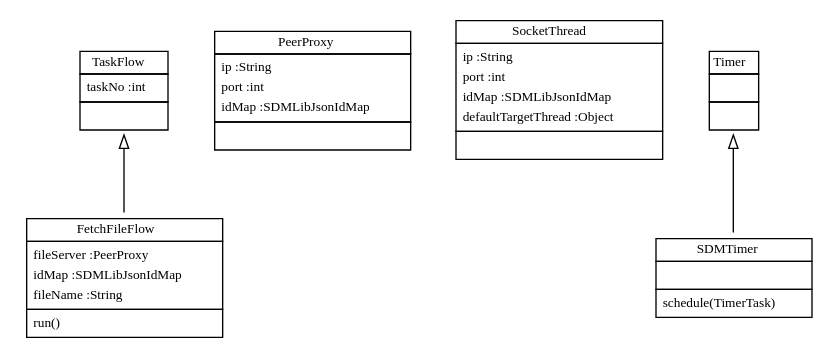
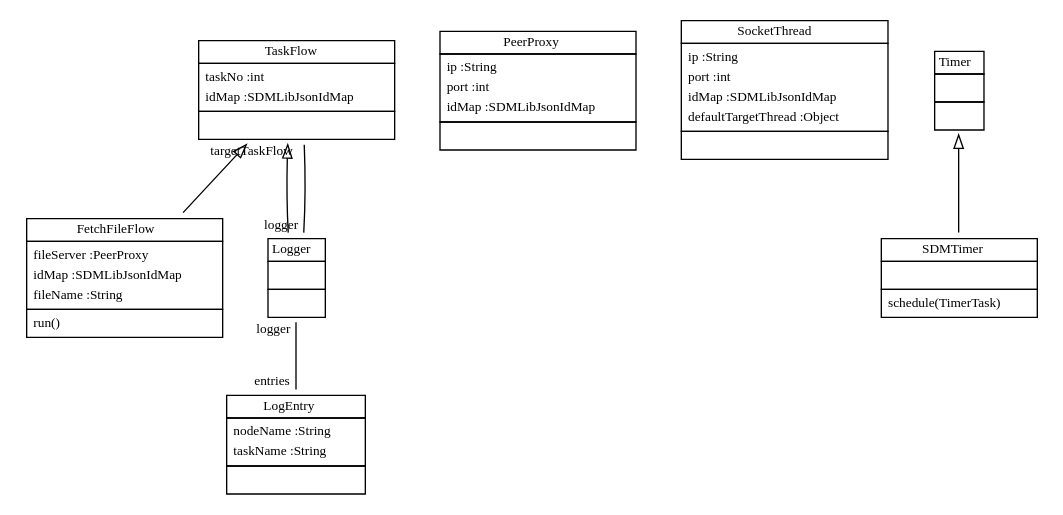
One commit to fujaba/SDMLib changed the diagram in doc/taskflowmodeldiag.dot. Above: the diagram before and after it, drawn with Graphviz. The commit also changed other lines of this file and 112 other files, not shown here.

Commit message:
added logger to taskflow, implemented in ClientLoginFlow

```diff
--- a/doc/taskflowmodeldiag.dot
+++ b/doc/taskflowmodeldiag.dot
@@ -1,18 +1,23 @@
 
  digraph ClassDiagram {
     node [shape = none, fontsize = 10]; 
     edge [fontsize = 10];
     
     
-    _TaskFlow [label=<<table border='0' cellborder='1' cellspacing='0'> <tr> <td>TaskFlow</td> </tr> <tr><td><table border='0' cellborder='0' cellspacing='0'> <tr><td align='left'>taskNo :int</td></tr>  </table></td></tr> <tr><td><table border='0' cellborder='0' cellspacing='0'> <tr><td> </td></tr> </table></td></tr> </table>>];
-    _PeerProxy [label=<<table border='0' cellborder='1' cellspacing='0'> <tr> <td>PeerProxy</td> </tr> <tr><td><table border='0' cellborder='0' cellspacing='0'> <tr><td align='left'>ip :String</td></tr> <tr><td align='left'>port :int</td></tr> <tr><td align='left'>idMap :SDMLibJsonIdMap</td></tr>  </table></td></tr> <tr><td><table border='0' cellborder='0' cellspacing='0'> <tr><td> </td></tr> </table></td></tr> </table>>];
-    _SocketThread [label=<<table border='0' cellborder='1' cellspacing='0'> <tr> <td>SocketThread</td> </tr> <tr><td><table border='0' cellborder='0' cellspacing='0'> <tr><td align='left'>ip :String</td></tr> <tr><td align='left'>port :int</td></tr> <tr><td align='left'>idMap :SDMLibJsonIdMap</td></tr> <tr><td align='left'>defaultTargetThread :Object</td></tr>  </table></td></tr> <tr><td><table border='0' cellborder='0' cellspacing='0'> <tr><td> </td></tr> </table></td></tr> </table>>];
-    _FetchFileFlow [label=<<table border='0' cellborder='1' cellspacing='0'> <tr> <td>FetchFileFlow</td> </tr> <tr><td><table border='0' cellborder='0' cellspacing='0'> <tr><td align='left'>fileServer :PeerProxy</td></tr> <tr><td align='left'>idMap :SDMLibJsonIdMap</td></tr> <tr><td align='left'>fileName :String</td></tr>  </table></td></tr> <tr><td><table border='0' cellborder='0' cellspacing='0'> <tr><td align='left'>run()</td></tr>  </table></td></tr> </table>>];
-    _Timer [label=<<table border='0' cellborder='1' cellspacing='0'> <tr> <td>Timer</td> </tr> <tr><td><table border='0' cellborder='0' cellspacing='0'> <tr><td> </td></tr> </table></td></tr> <tr><td><table border='0' cellborder='0' cellspacing='0'> <tr><td> </td></tr> </table></td></tr> </table>>];
-    _SDMTimer [label=<<table border='0' cellborder='1' cellspacing='0'> <tr> <td>SDMTimer</td> </tr> <tr><td><table border='0' cellborder='0' cellspacing='0'> <tr><td> </td></tr> </table></td></tr> <tr><td><table border='0' cellborder='0' cellspacing='0'> <tr><td align='left'>schedule(TimerTask)</td></tr>  </table></td></tr> </table>>];
+    _TaskFlow [label=<<table border='0' cellborder='1' cellspacing='0'> <tr> <td HREF="../swtsrc/org/sdmlib/model/taskflows/TaskFlow.java">TaskFlow</td> </tr> <tr><td><table border='0' cellborder='0' cellspacing='0'> <tr><td align='left'>taskNo :int</td></tr> <tr><td align='left'>idMap :SDMLibJsonIdMap</td></tr>  </table></td></tr> <tr><td><table border='0' cellborder='0' cellspacing='0'> <tr><td> </td></tr> </table></td></tr> </table>>];
+    _PeerProxy [label=<<table border='0' cellborder='1' cellspacing='0'> <tr> <td HREF="../swtsrc/org/sdmlib/model/taskflows/PeerProxy.java">PeerProxy</td> </tr> <tr><td><table border='0' cellborder='0' cellspacing='0'> <tr><td align='left'>ip :String</td></tr> <tr><td align='left'>port :int</td></tr> <tr><td align='left'>idMap :SDMLibJsonIdMap</td></tr>  </table></td></tr> <tr><td><table border='0' cellborder='0' cellspacing='0'> <tr><td> </td></tr> </table></td></tr> </table>>];
+    _SocketThread [label=<<table border='0' cellborder='1' cellspacing='0'> <tr> <td HREF="../swtsrc/org/sdmlib/model/taskflows/SocketThread.java">SocketThread</td> </tr> <tr><td><table border='0' cellborder='0' cellspacing='0'> <tr><td align='left'>ip :String</td></tr> <tr><td align='left'>port :int</td></tr> <tr><td align='left'>idMap :SDMLibJsonIdMap</td></tr> <tr><td align='left'>defaultTargetThread :Object</td></tr>  </table></td></tr> <tr><td><table border='0' cellborder='0' cellspacing='0'> <tr><td> </td></tr> </table></td></tr> </table>>];
+    _FetchFileFlow [label=<<table border='0' cellborder='1' cellspacing='0'> <tr> <td HREF="../swtsrc/org/sdmlib/model/taskflows/FetchFileFlow.java">FetchFileFlow</td> </tr> <tr><td><table border='0' cellborder='0' cellspacing='0'> <tr><td align='left'>fileServer :PeerProxy</td></tr> <tr><td align='left'>idMap :SDMLibJsonIdMap</td></tr> <tr><td align='left'>fileName :String</td></tr>  </table></td></tr> <tr><td><table border='0' cellborder='0' cellspacing='0'> <tr><td align='left'>run()</td></tr>  </table></td></tr> </table>>];
+    _Logger [label=<<table border='0' cellborder='1' cellspacing='0'> <tr> <td HREF="../swtsrc/org/sdmlib/model/taskflows/Logger.java">Logger</td> </tr> <tr><td><table border='0' cellborder='0' cellspacing='0'> <tr><td> </td></tr> </table></td></tr> <tr><td><table border='0' cellborder='0' cellspacing='0'> <tr><td> </td></tr> </table></td></tr> </table>>];
+    _LogEntry [label=<<table border='0' cellborder='1' cellspacing='0'> <tr> <td HREF="../swtsrc/org/sdmlib/model/taskflows/LogEntry.java">LogEntry</td> </tr> <tr><td><table border='0' cellborder='0' cellspacing='0'> <tr><td align='left'>nodeName :String</td></tr> <tr><td align='left'>taskName :String</td></tr>  </table></td></tr> <tr><td><table border='0' cellborder='0' cellspacing='0'> <tr><td> </td></tr> </table></td></tr> </table>>];
+    _Timer [label=<<table border='0' cellborder='1' cellspacing='0'> <tr> <td HREF="../swtsrc/java/util/Timer.java">Timer</td> </tr> <tr><td><table border='0' cellborder='0' cellspacing='0'> <tr><td> </td></tr> </table></td></tr> <tr><td><table border='0' cellborder='0' cellspacing='0'> <tr><td> </td></tr> </table></td></tr> </table>>];
+    _SDMTimer [label=<<table border='0' cellborder='1' cellspacing='0'> <tr> <td HREF="../swtsrc/org/sdmlib/model/taskflows/SDMTimer.java">SDMTimer</td> </tr> <tr><td><table border='0' cellborder='0' cellspacing='0'> <tr><td> </td></tr> </table></td></tr> <tr><td><table border='0' cellborder='0' cellspacing='0'> <tr><td align='left'>schedule(TimerTask)</td></tr>  </table></td></tr> </table>>];
     
     
     
     _TaskFlow ->  _FetchFileFlow [dir = "back" arrowtail = "empty"];
+    _TaskFlow ->  _Logger [dir = "back" arrowtail = "empty"];
     _Timer ->  _SDMTimer [dir = "back" arrowtail = "empty"];
+    _Logger -> _TaskFlow [headlabel = "targetTaskFlow" taillabel = "logger" arrowhead = "none" ];
+    _Logger -> _LogEntry [headlabel = "entries" taillabel = "logger" arrowhead = "none" ];
 }
```
